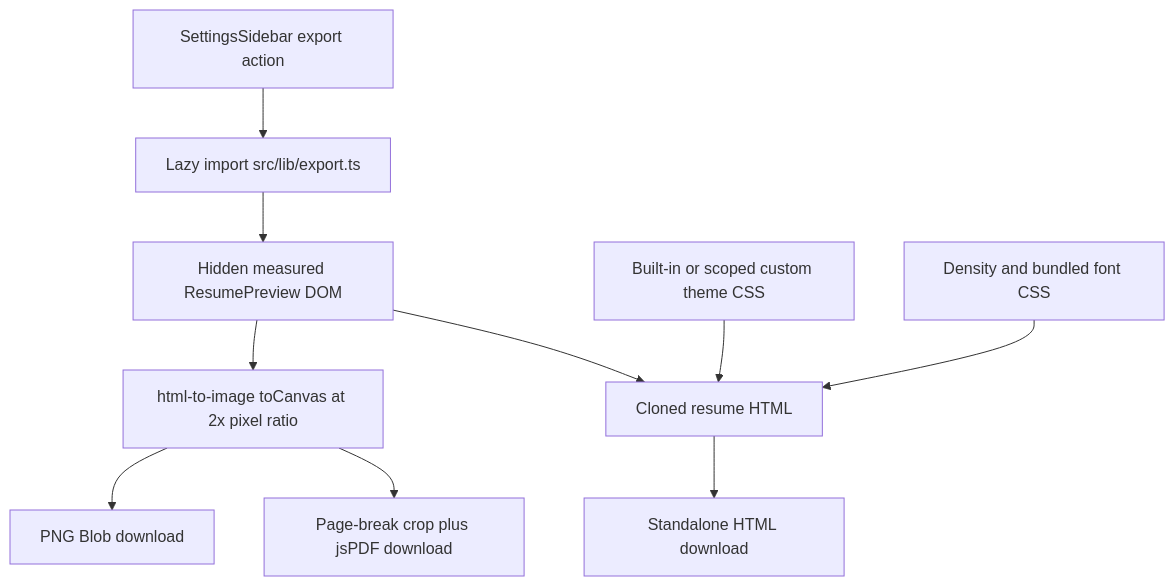
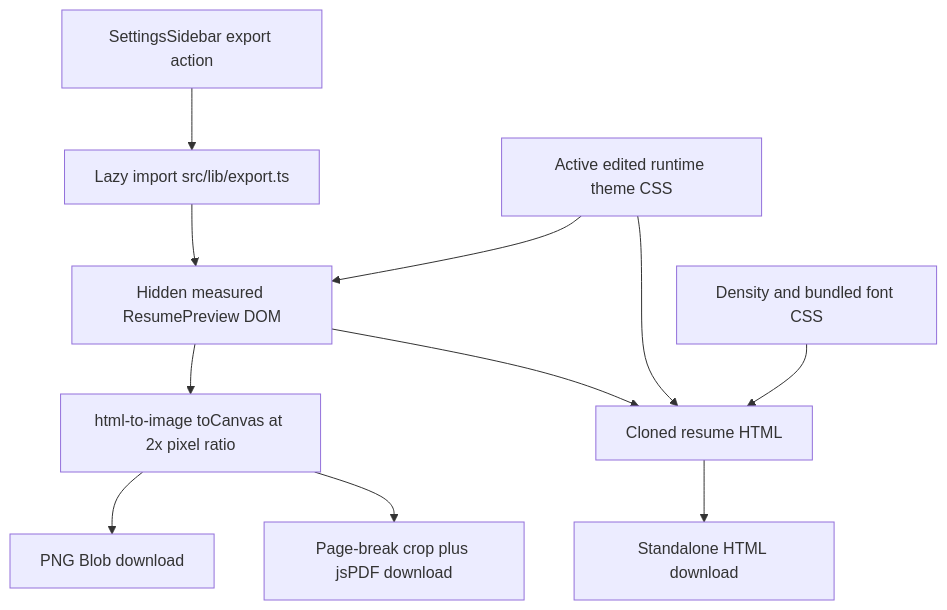
Before and after one commit to jarvanstack/markdown-to-resume: the sixth of 7 diagrams in docs/knowledge-graph.md, drawn with Mermaid. The commit also changed other lines of this file and 14 other files, not shown here.

Commit message:
Add live CSS editor tab and theme draft persistence

````diff
--- a/docs/knowledge-graph.md
+++ b/docs/knowledge-graph.md
@@ -161,12 +179,13 @@
 ```mermaid
 flowchart TD
     Action["SettingsSidebar export action"] --> Lazy["Lazy import src/lib/export.ts"]
     Lazy --> Canonical["Hidden measured ResumePreview DOM"]
     Canonical --> Canvas["html-to-image toCanvas at 2x pixel ratio"]
     Canvas --> PNG["PNG Blob download"]
     Canvas --> PDF["Page-break crop plus jsPDF download"]
     Canonical --> HTML["Cloned resume HTML"]
-    Theme["Built-in or scoped custom theme CSS"] --> HTML
+    Theme["Active edited runtime theme CSS"] --> HTML
+    Theme --> Canonical
     Shared["Density and bundled font CSS"] --> HTML
     HTML --> HtmlDownload["Standalone HTML download"]
 ```
````
